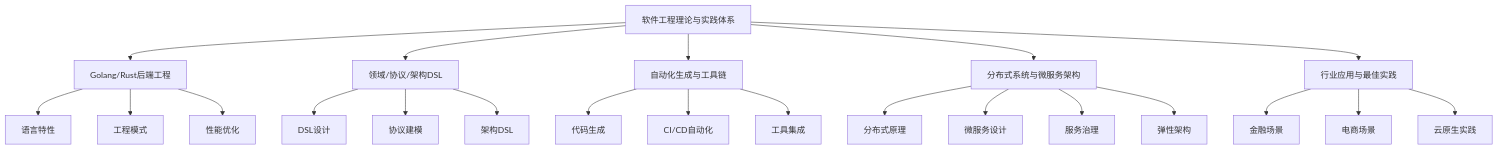
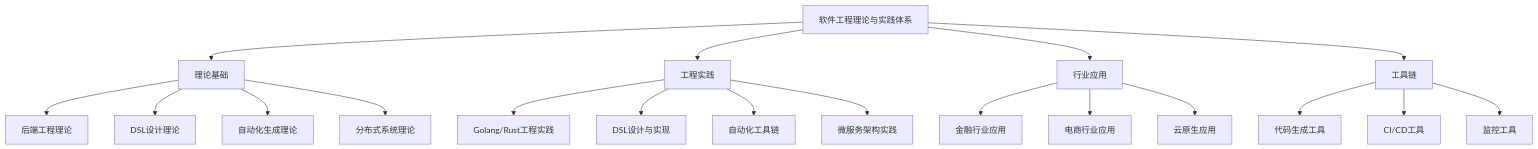
One commit to AdaMartin18010/formal-architecture changed the diagram in Analysis/软件工程理论与实践体系/00-软件工程理论与实践体系总论.md. Above: the diagram before and after it, drawn with Mermaid. The commit also changed other lines of this file and 26 other files, not shown here.

````diff
--- a/Analysis/软件工程理论与实践体系/00-软件工程理论与实践体系总论.md
+++ b/Analysis/软件工程理论与实践体系/00-软件工程理论与实践体系总论.md
@@ -45,24 +82,25 @@
 ```mermaid
 graph TD
-  A[软件工程理论与实践体系] --> B1[Golang/Rust后端工程]
-  A --> B2[领域/协议/架构DSL]
-  A --> B3[自动化生成与工具链]
-  A --> B4[分布式系统与微服务架构]
-  A --> B5[行业应用与最佳实践]
-  B1 --> C1[语言特性]
-  B1 --> C2[工程模式]
-  B1 --> C3[性能优化]
-  B2 --> C4[DSL设计]
-  B2 --> C5[协议建模]
-  B2 --> C6[架构DSL]
-  B3 --> C7[代码生成]
-  B3 --> C8[CI/CD自动化]
-  B3 --> C9[工具集成]
-  B4 --> C10[分布式原理]
-  B4 --> C11[微服务设计]
-  B4 --> C12[服务治理]
-  B4 --> C13[弹性架构]
-  B5 --> C14[金融场景]
-  B5 --> C15[电商场景]
-  B5 --> C16[云原生实践]
+    A[软件工程理论与实践体系] --> B[理论基础]
+    A --> C[工程实践]
+    A --> D[行业应用]
+    A --> E[工具链]
+    
+    B --> B1[后端工程理论]
+    B --> B2[DSL设计理论]
+    B --> B3[自动化生成理论]
+    B --> B4[分布式系统理论]
+    
+    C --> C1[Golang/Rust工程实践]
+    C --> C2[DSL设计与实现]
+    C --> C3[自动化工具链]
+    C --> C4[微服务架构实践]
+    
+    D --> D1[金融行业应用]
+    D --> D2[电商行业应用]
+    D --> D3[云原生应用]
+    
+    E --> E1[代码生成工具]
+    E --> E2[CI/CD工具]
+    E --> E3[监控工具]
 ```
````
